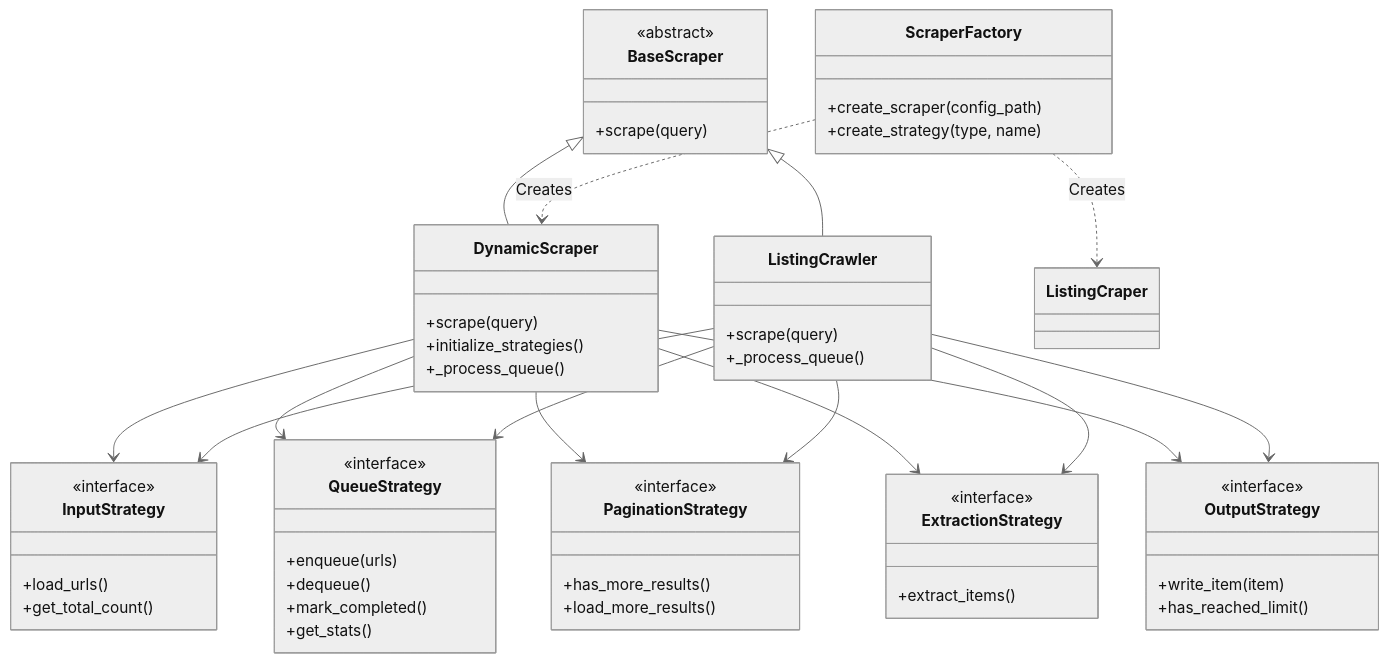
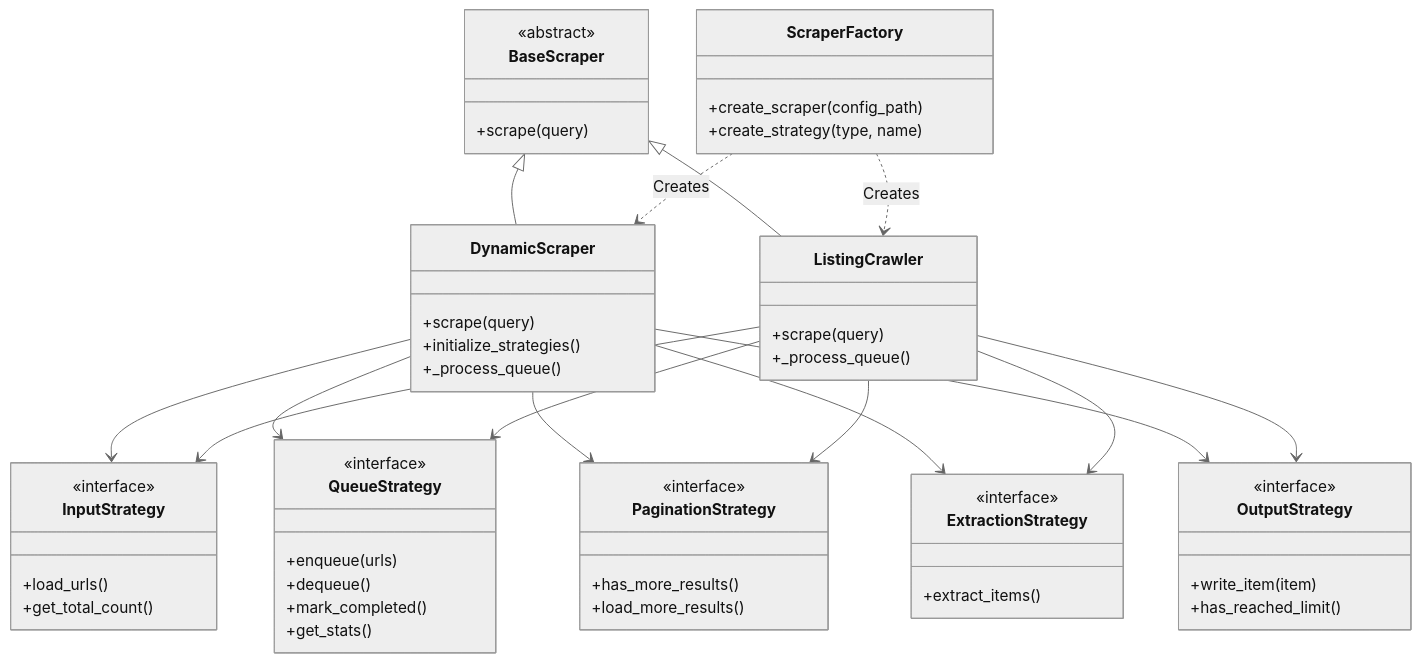
The diagram in docs/ARCHITECTURE.md (monjurkuet/infinitecrawler), drawn with Mermaid (neutral theme) before and after one commit. The commit also changed other lines of this file and 32 other files, not shown here.

````diff
--- a/docs/ARCHITECTURE.md
+++ b/docs/ARCHITECTURE.md
@@ -9,61 +9,61 @@
 ```mermaid
 classDiagram
     class ScraperFactory {
         +create_scraper(config_path)
         +create_strategy(type, name)
     }
     class BaseScraper {
         <<abstract>>
         +scrape(query)
     }
     class DynamicScraper {
         +scrape(query)
         +initialize_strategies()
         +_process_queue()
     }
     class ListingCrawler {
         +scrape(query)
         +_process_queue()
     }
     class InputStrategy {
         <<interface>>
         +load_urls()
         +get_total_count()
     }
     class QueueStrategy {
         <<interface>>
         +enqueue(urls)
         +dequeue()
         +mark_completed()
         +get_stats()
     }
     class PaginationStrategy {
         <<interface>>
         +has_more_results()
         +load_more_results()
     }
     class ExtractionStrategy {
         <<interface>>
         +extract_items()
     }
     class OutputStrategy {
         <<interface>>
         +write_item(item)
         +has_reached_limit()
     }
 
     BaseScraper <|-- DynamicScraper
     BaseScraper <|-- ListingCrawler
     DynamicScraper --> InputStrategy
     DynamicScraper --> QueueStrategy
     DynamicScraper --> PaginationStrategy
     DynamicScraper --> ExtractionStrategy
     DynamicScraper --> OutputStrategy
     ListingCrawler --> InputStrategy
     ListingCrawler --> QueueStrategy
     ListingCrawler --> PaginationStrategy
     ListingCrawler --> ExtractionStrategy
     ListingCrawler --> OutputStrategy
     ScraperFactory ..> DynamicScraper : Creates
-    ScraperFactory ..> ListingCraper : Creates
+    ScraperFactory ..> ListingCrawler : Creates
 ```
````
